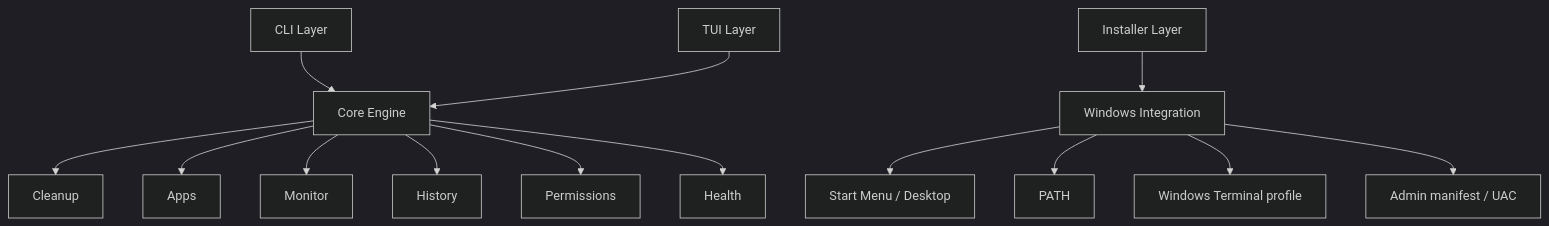
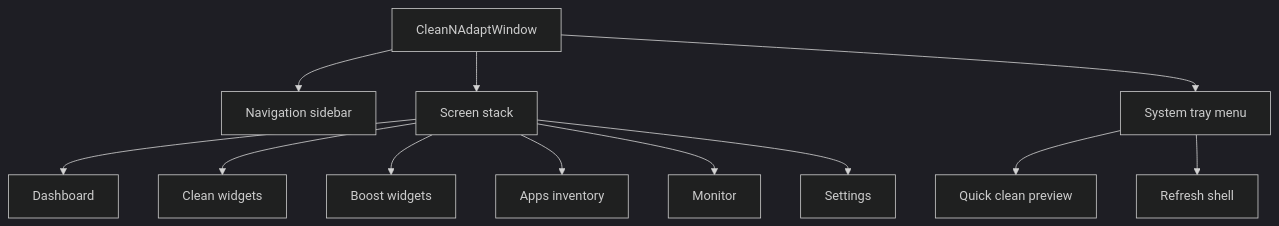
Before and after one commit to snehil-pandey/clean-n-adapt: the second of 10 diagrams in ARCHITECTURE.md, drawn with Mermaid (dark theme). The commit also changed other lines of this file and 10 other files, not shown here.

````diff
--- a/ARCHITECTURE.md
+++ b/ARCHITECTURE.md
@@ -30,16 +30,14 @@
 ```mermaid
 flowchart TD
-    CLI["CLI Layer"] --> Core["Core Engine"]
-    TUI["TUI Layer"] --> Core
-    Installer["Installer Layer"] --> Windows["Windows Integration"]
-    Core --> Cleanup["Cleanup"]
-    Core --> Apps["Apps"]
-    Core --> Monitor["Monitor"]
-    Core --> History["History"]
-    Core --> Permissions["Permissions"]
-    Core --> Health["Health"]
-    Windows --> Shortcuts["Start Menu / Desktop"]
-    Windows --> Path["PATH"]
-    Windows --> Terminal["Windows Terminal profile"]
-    Windows --> UAC["Admin manifest / UAC"]
+    Desktop["CleanNAdaptWindow"] --> Sidebar["Navigation sidebar"]
+    Desktop --> Stack["Screen stack"]
+    Desktop --> Tray["System tray menu"]
+    Stack --> Dashboard["Dashboard"]
+    Stack --> Clean["Clean widgets"]
+    Stack --> Boost["Boost widgets"]
+    Stack --> Apps["Apps inventory"]
+    Stack --> Monitor["Monitor"]
+    Stack --> Settings["Settings"]
+    Tray --> QuickClean["Quick clean preview"]
+    Tray --> ShellRefresh["Refresh shell"]
 ```
````
